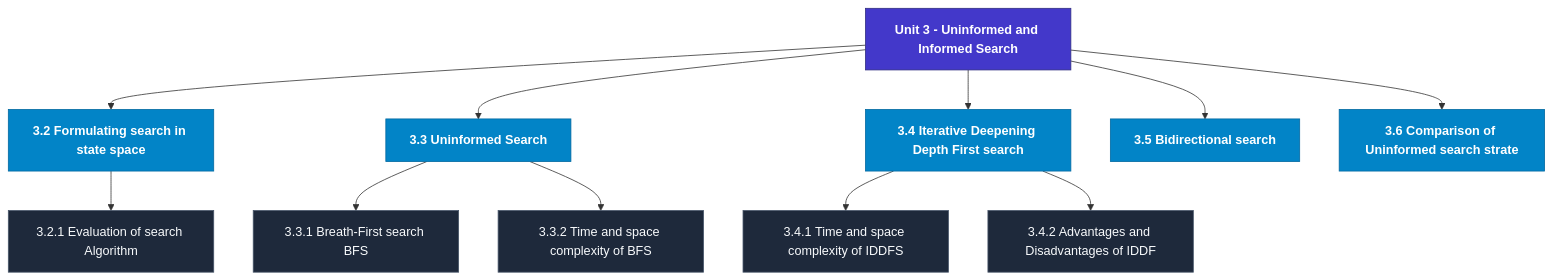
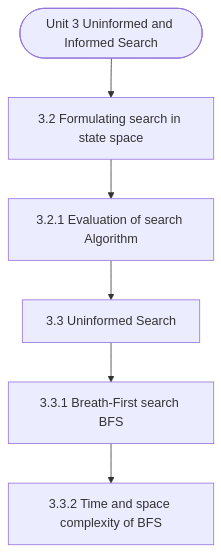
The diagram in notes/Semester_2/MCS-224_Artificial_Intelligence_&_Machine_Learning/unit_03_Uninformed_and_Informed_Search.md (Asutosh-Coaching/mscdsa), drawn with Mermaid before and after one commit. The commit also changed other lines of this file and 115 other files, not shown here.

Commit message:
Fix Mermaid layout for mobile, isolate LaTeX delimiters, and add GitHub Pages reader

````diff
--- a/notes/Semester_2/MCS-224_Artificial_Intelligence_&_Machine_Learning/unit_03_Uninformed_and_Informed_Search.md
+++ b/notes/Semester_2/MCS-224_Artificial_Intelligence_&_Machine_Learning/unit_03_Uninformed_and_Informed_Search.md
@@ -19,29 +19,14 @@
 ```mermaid
 flowchart TD
-  %% Styling Definitions
-  classDef head fill:#4338ca,stroke:#312e81,color:#ffffff,font-weight:bold;
-  classDef topic fill:#0284c7,stroke:#0369a1,color:#ffffff,font-weight:600;
-  classDef sub fill:#1e293b,stroke:#475569,color:#f8fafc;
-
-  Root["Unit 3 - Uninformed and Informed Search"]:::head
-  M1["3.2 Formulating search in state space"]:::topic
-  Root --> M1
-  M1_1["3.2.1 Evaluation of search Algorithm"]:::sub
-  M1 --> M1_1
-  M2["3.3 Uninformed Search"]:::topic
-  Root --> M2
-  M2_1["3.3.1 Breath-First search BFS"]:::sub
-  M2 --> M2_1
-  M2_2["3.3.2 Time and space complexity of BFS"]:::sub
-  M2 --> M2_2
-  M3["3.4 Iterative Deepening Depth First search"]:::topic
-  Root --> M3
-  M3_1["3.4.1 Time and space complexity of IDDFS"]:::sub
-  M3 --> M3_1
-  M3_2["3.4.2 Advantages and Disadvantages of IDDF"]:::sub
-  M3 --> M3_2
-  M4["3.5 Bidirectional search"]:::topic
-  Root --> M4
-  M5["3.6 Comparison of Uninformed search strate"]:::topic
-  Root --> M5
+  Start(["Unit 3 Uninformed and Informed Search"])
+  N1["3.2 Formulating search in state space"]
+  N2["3.2.1 Evaluation of search Algorithm"]
+  N3["3.3 Uninformed Search"]
+  N4["3.3.1 Breath-First search BFS"]
+  N5["3.3.2 Time and space complexity of BFS"]
+  Start --> N1
+  N1 --> N2
+  N2 --> N3
+  N3 --> N4
+  N4 --> N5
 ```
````
